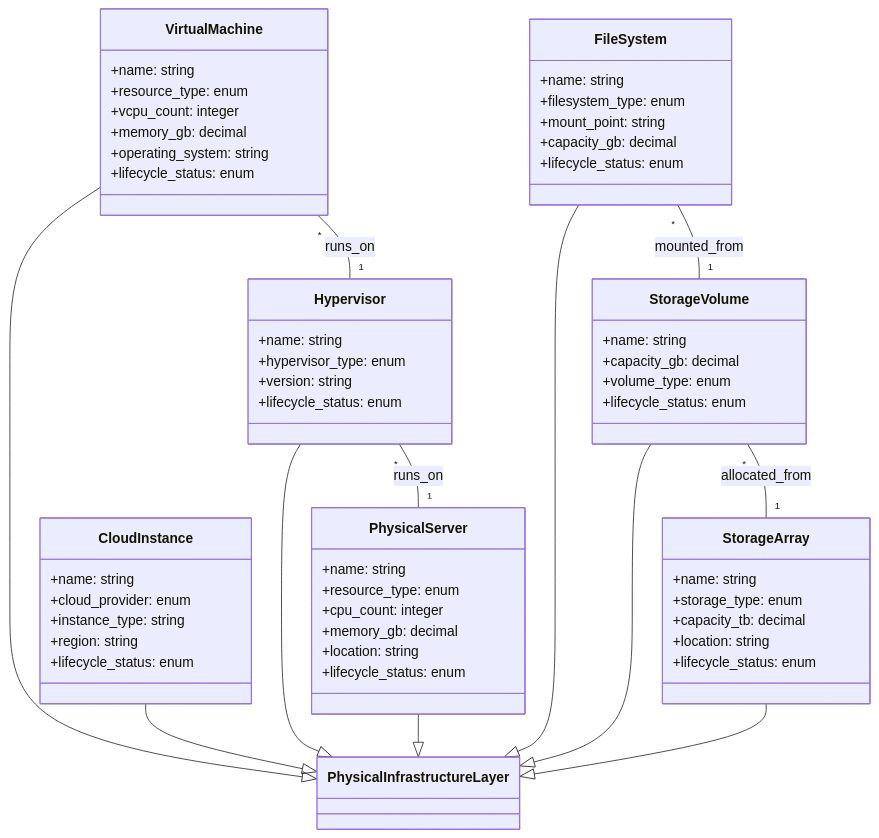
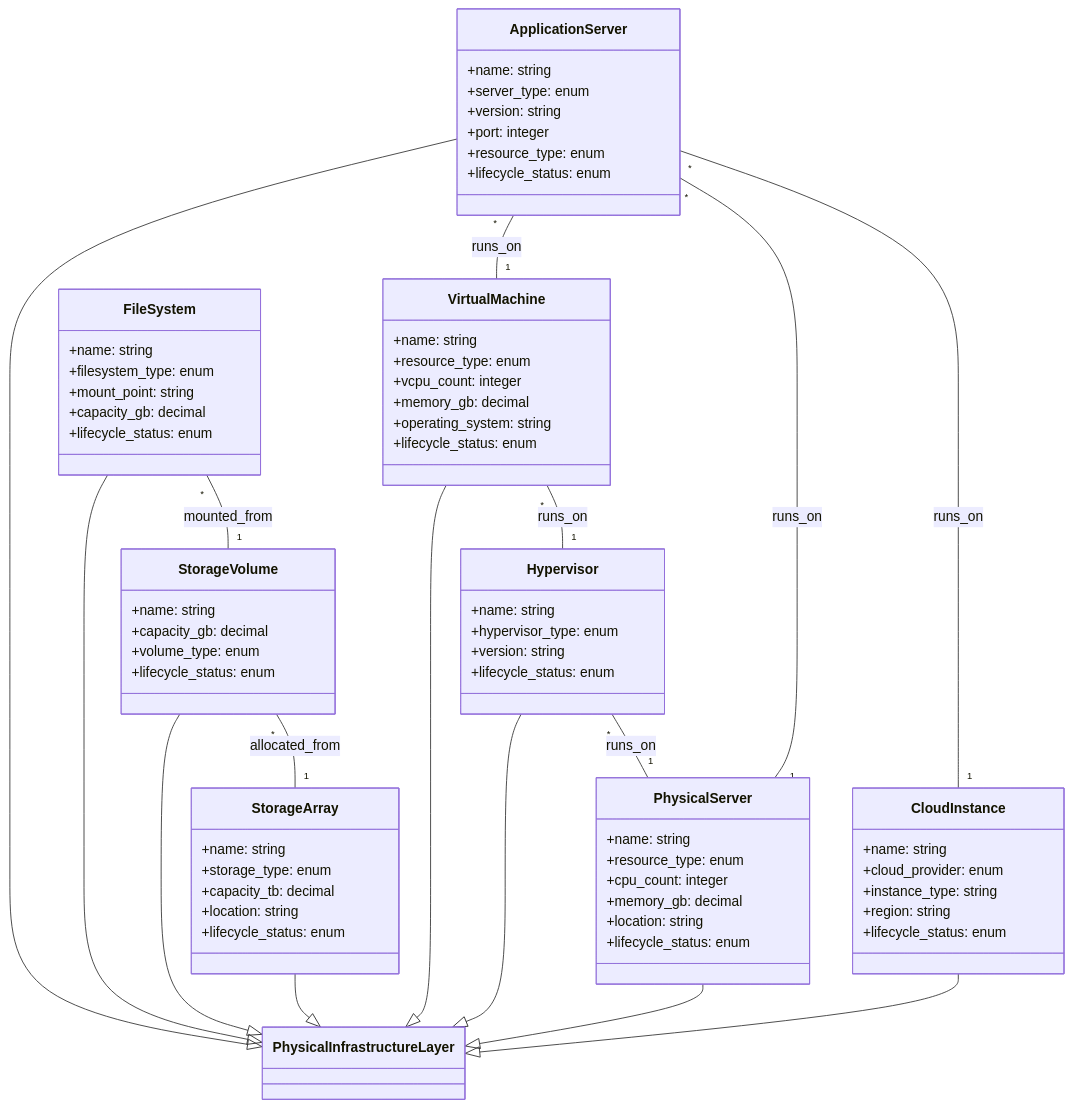
The fifth of 27 diagrams in ontology/VISUAL_DIAGRAMS.md (usumfabricae/it-digital-twin-model), drawn with Mermaid before and after one commit. The commit also changed other lines of this file and 7 other files, not shown here.

First line of the commit message:
refactor: Move ApplicationServer from Layer 2 to Layer 4

````diff
--- a/ontology/VISUAL_DIAGRAMS.md
+++ b/ontology/VISUAL_DIAGRAMS.md
@@ -336,6 +328,15 @@
         +lifecycle_status: enum
     }
     
+    class ApplicationServer {
+        +name: string
+        +server_type: enum
+        +version: string
+        +port: integer
+        +resource_type: enum
+        +lifecycle_status: enum
+    }
+    
     class StorageArray {
         +name: string
         +storage_type: enum
@@ -363,12 +364,16 @@
     VirtualMachine --|> PhysicalInfrastructureLayer
     Hypervisor --|> PhysicalInfrastructureLayer
     CloudInstance --|> PhysicalInfrastructureLayer
+    ApplicationServer --|> PhysicalInfrastructureLayer
     StorageArray --|> PhysicalInfrastructureLayer
     StorageVolume --|> PhysicalInfrastructureLayer
     FileSystem --|> PhysicalInfrastructureLayer
     
     VirtualMachine "*" -- "1" Hypervisor : runs_on
     Hypervisor "*" -- "1" PhysicalServer : runs_on
+    ApplicationServer "*" -- "1" VirtualMachine : runs_on
+    ApplicationServer "*" -- "1" PhysicalServer : runs_on
+    ApplicationServer "*" -- "1" CloudInstance : runs_on
     StorageVolume "*" -- "1" StorageArray : allocated_from
     FileSystem "*" -- "1" StorageVolume : mounted_from
 ```
````
